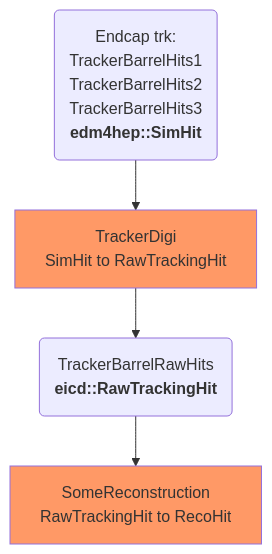
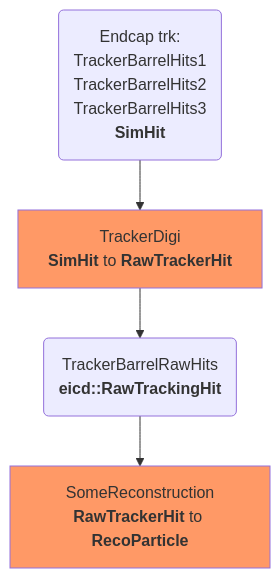
One commit to eic/EICrecon changed the second of 2 diagrams in src/algorithms/jana/README.md. Above: the diagram before and after it, drawn with Mermaid. The commit also changed other lines of this file, not shown here.

````diff
--- a/src/algorithms/jana/README.md
+++ b/src/algorithms/jana/README.md
@@ -26,13 +28,12 @@
 ```mermaid
 flowchart TB
   classDef alg fill:#f96;
   
-  tracker_barrel_collections(Endcap trk:<br />TrackerBarrelHits1<br/>TrackerBarrelHits2<br/>TrackerBarrelHits3<br/><strong>edm4hep::SimHit</strong>)
+  tracker_barrel_collections(Endcap trk:<br />TrackerBarrelHits1<br/>TrackerBarrelHits2<br/>TrackerBarrelHits3<br/><strong>SimHit</strong>)
   
-  tracker_barrel_collections --> TrackerDigi[TrackerDigi<br />SimHit to RawTrackingHit]:::alg
+  tracker_barrel_collections --> TrackerDigi[TrackerDigi<br /><strong>SimHit</strong> to <strong>RawTrackerHit</strong>]:::alg
   TrackerDigi --> TrackerBarrelRawHits(TrackerBarrelRawHits<br/><strong>eicd::RawTrackingHit</strong>)
     
-  TrackerSourceLinker[SomeReconstruction<br />RawTrackingHit to RecoHit]:::alg  
+  TrackerSourceLinker[SomeReconstruction<br /><strong>RawTrackerHit</strong> to <strong>RecoParticle</strong>]:::alg  
   TrackerBarrelRawHits --> TrackerSourceLinker
-  
 ```
````
